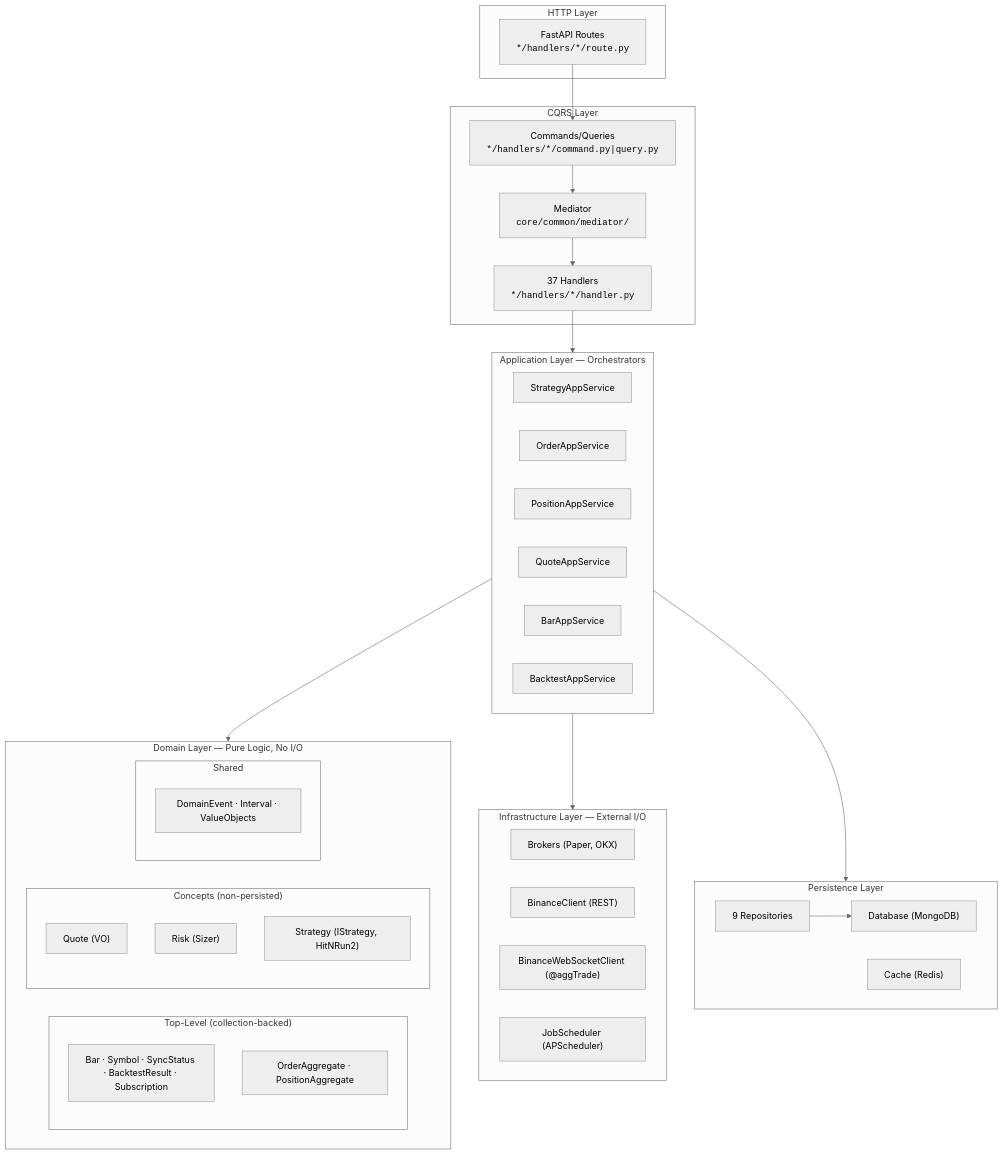
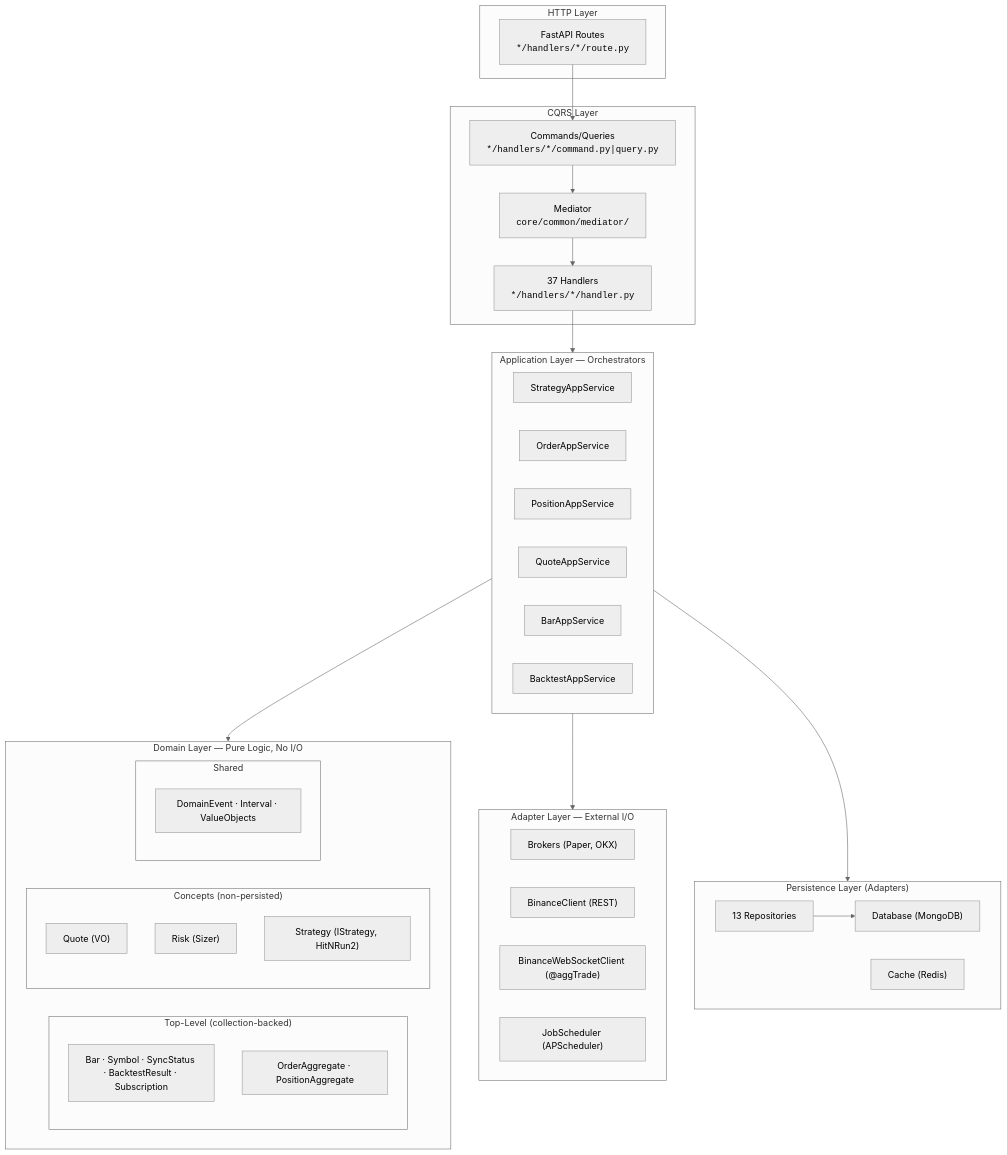
One commit to camping89/pocketquant changed the first of 4 diagrams in docs/architecture-visual-map.md. Above: the diagram before and after it, drawn with Mermaid (neutral theme). The commit also changed other lines of this file and 187 other files, not shown here.

````diff
--- a/docs/architecture-visual-map.md
+++ b/docs/architecture-visual-map.md
@@ -141,56 +142,56 @@
 ```mermaid
 graph TB
     subgraph HTTP["HTTP Layer"]
         Routes["FastAPI Routes<br/><code>*/handlers/*/route.py</code>"]
     end
 
     subgraph CQRS["CQRS Layer"]
         Commands["Commands/Queries<br/><code>*/handlers/*/command.py|query.py</code>"]
         Med["Mediator<br/><code>core/common/mediator/</code>"]
         Handlers["37 Handlers<br/><code>*/handlers/*/handler.py</code>"]
     end
 
     subgraph APP["Application Layer — Orchestrators"]
         StrategyAppService["StrategyAppService"]
         OrderAppService["OrderAppService"]
         PositionAppService["PositionAppService"]
         QuoteAppService["QuoteAppService"]
         BarAppService["BarAppService"]
         BacktestAppService["BacktestAppService"]
     end
 
     subgraph DOMAIN["Domain Layer — Pure Logic, No I/O"]
         subgraph TOPLEVEL["Top-Level (collection-backed)"]
             BarEnt["Bar · Symbol · SyncStatus · BacktestResult · Subscription"]
             Aggregates["OrderAggregate · PositionAggregate"]
         end
         subgraph CONCEPTS["Concepts (non-persisted)"]
             QuoteVO["Quote (VO)"]
             RiskSvc["Risk (Sizer)"]
             StrategySvc["Strategy (IStrategy, HitNRun2)"]
         end
         subgraph SHARED["Shared"]
             SharedBase["DomainEvent · Interval · ValueObjects"]
         end
     end
 
-    subgraph INFRA["Infrastructure Layer — External I/O"]
+    subgraph ADAPT["Adapter Layer — External I/O"]
         Brokers["Brokers (Paper, OKX)"]
         BinanceClient["BinanceClient (REST)"]
         BinanceWS["BinanceWebSocketClient (@aggTrade)"]
         Scheduler["JobScheduler (APScheduler)"]
     end
 
-    subgraph PERSIST["Persistence Layer"]
+    subgraph PERSIST["Persistence Layer (Adapters)"]
         DB["Database (MongoDB)"]
         Cache["Cache (Redis)"]
-        Repos["9 Repositories"]
+        Repos["13 Repositories"]
     end
 
     Routes --> Commands --> Med --> Handlers
     Handlers --> APP
     APP --> DOMAIN
-    APP --> INFRA
+    APP --> ADAPT
     APP --> PERSIST
     Repos --> DB
 ```
````
